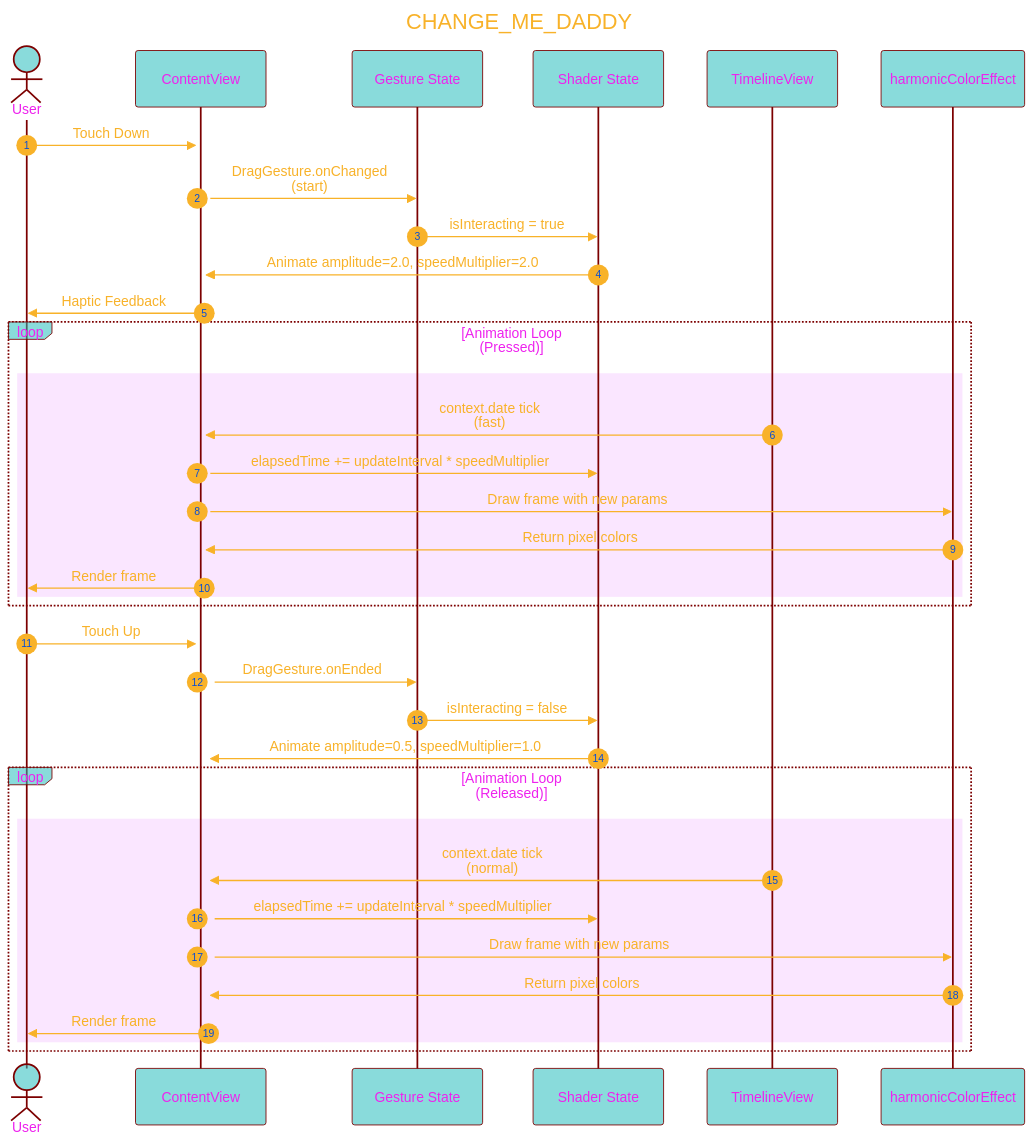
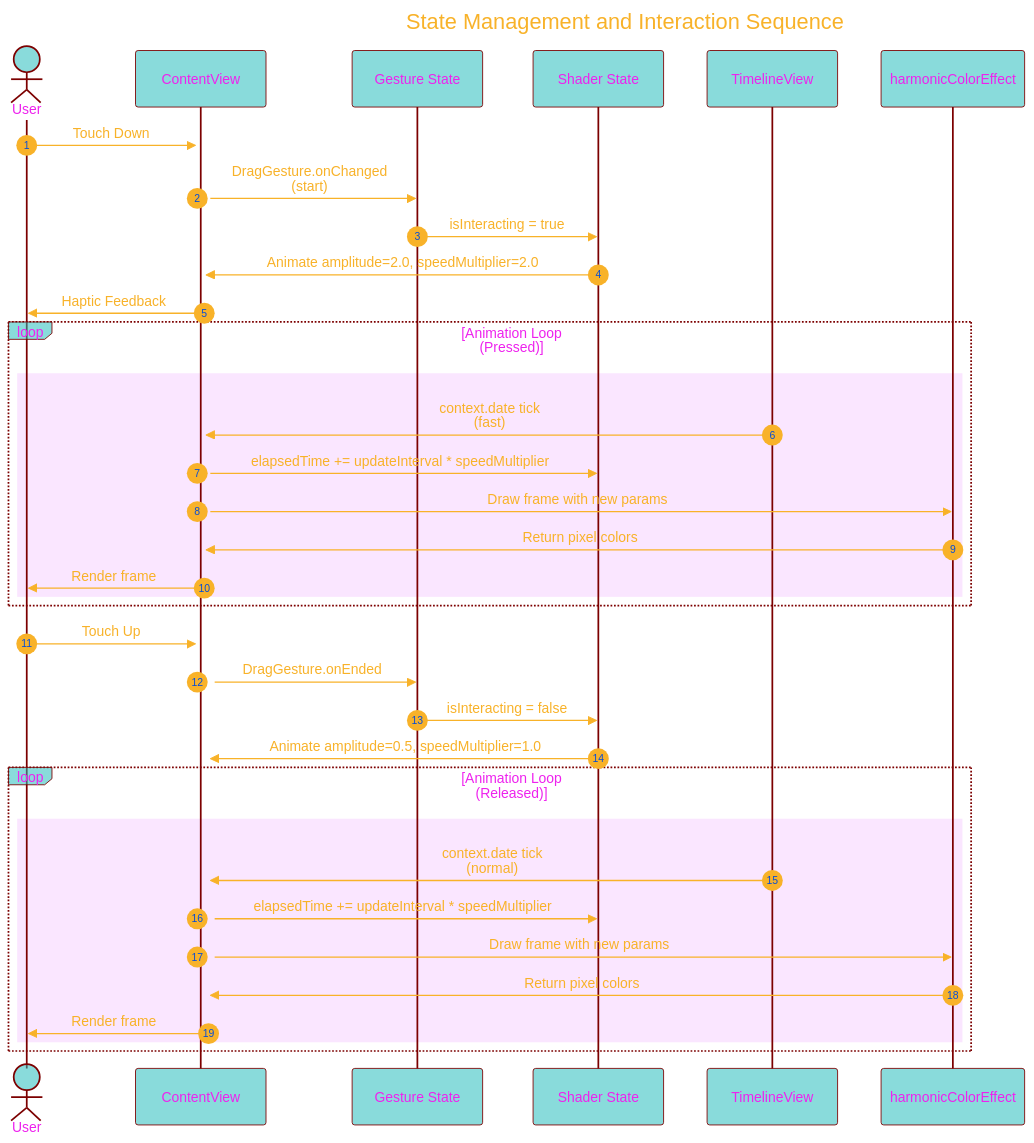
Before and after one commit to CongLeSolutionX/Harmonic_Shaders: the fifth of 7 diagrams in DOCUMENTATION_Draft_3.md, drawn with Mermaid. The commit also changed other lines of this file, not shown here.

````diff
--- a/DOCUMENTATION_Draft_3.md
+++ b/DOCUMENTATION_Draft_3.md
@@ -325,71 +325,71 @@
 ```mermaid
 ---
-title: "CHANGE_ME_DADDY"
+title: "State Management and Interaction Sequence"
 author: "Cong Le"
 version: "0.1"
 license(s): "MIT, CC BY 4.0"
 copyright: "Copyright (c) 2025 Cong Le. All Rights Reserved."
 config:
   layout: elk
   theme: base
 ---
 %%%%%%%% Mermaid version v11.4.1-b.14
 %%{
   init: {
     'sequence': { 'mirrorActors': true, 'showSequenceNumbers': true },
     'fontFamily': 'Monaco',
     'themeVariables': {
       'primaryColor': '#2BB8',
       'primaryBorderColor': '#7C0000',
       'lineColor': '#F8B229',
       'secondaryColor': '#6122',
       'tertiaryColor': '#fff',
       'fontSize': '15px',
       'textColor': '#F8B229',
       'actorTextColor': '#E2E',
       'fontSize': '25px',
       'stroke':'#033',
       'stroke-width': '0.2px'
     }
   }
 }%%
 sequenceDiagram
     actor User
     
     participant CV as ContentView
     participant GS as Gesture State
     participant SS as Shader State
     participant TLV as TimelineView
     participant Shader as harmonicColorEffect
 
     User->>+CV: Touch Down
     CV->>GS: DragGesture.onChanged<br/>(start)
     GS->>SS: isInteracting = true
     SS->>CV: Animate amplitude=2.0, speedMultiplier=2.0
     CV->>User: Haptic Feedback
 
     loop Animation Loop<br/>(Pressed)
 	    rect rgb(200, 15, 255, 0.1)
 	        TLV->>CV: context.date tick<br/>(fast)
 	        CV->>SS: elapsedTime += updateInterval * speedMultiplier
 	        CV->>Shader: Draw frame with new params
 	        Shader->>CV: Return pixel colors
 	        CV->>User: Render frame
 	    end
     end
 
     User->>+CV: Touch Up
     CV->>GS: DragGesture.onEnded
     GS->>SS: isInteracting = false
     SS->>CV: Animate amplitude=0.5, speedMultiplier=1.0
 
     loop Animation Loop<br/>(Released)
 	    rect rgb(200, 15, 255, 0.1)
 	        TLV->>CV: context.date tick<br/>(normal)
 	        CV->>SS: elapsedTime += updateInterval * speedMultiplier
 	        CV->>Shader: Draw frame with new params
 	        Shader->>CV: Return pixel colors
 	        CV->>User: Render frame
 	    end
     end
 ```
````
